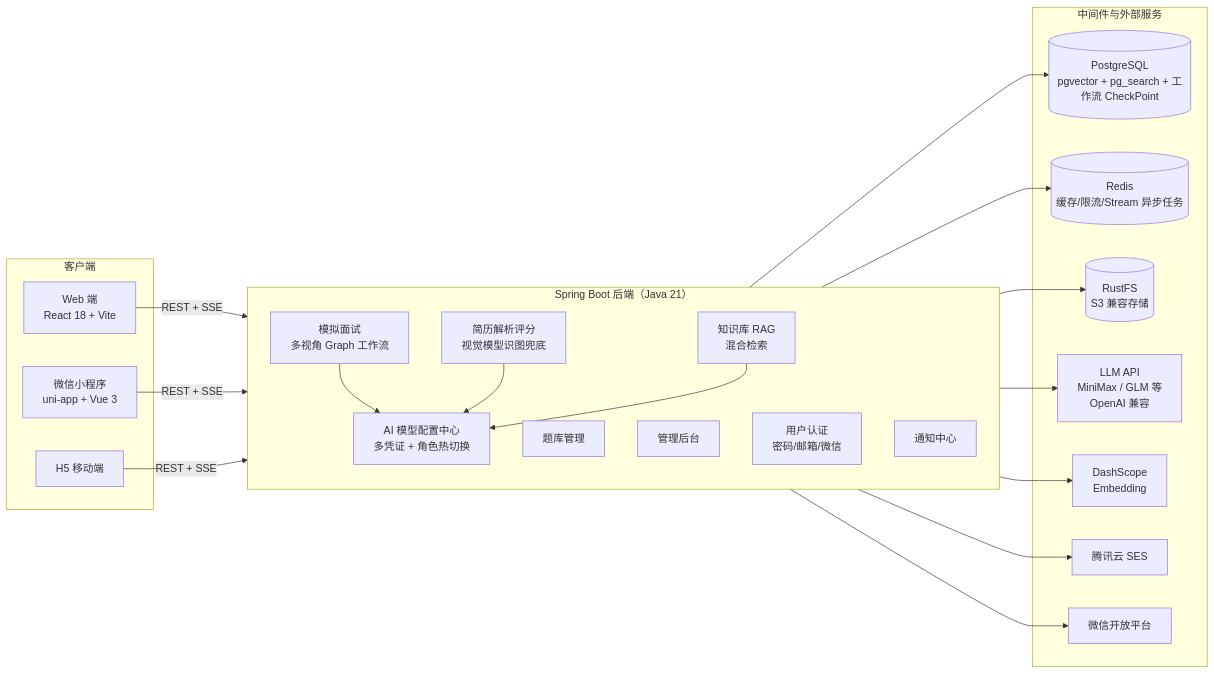
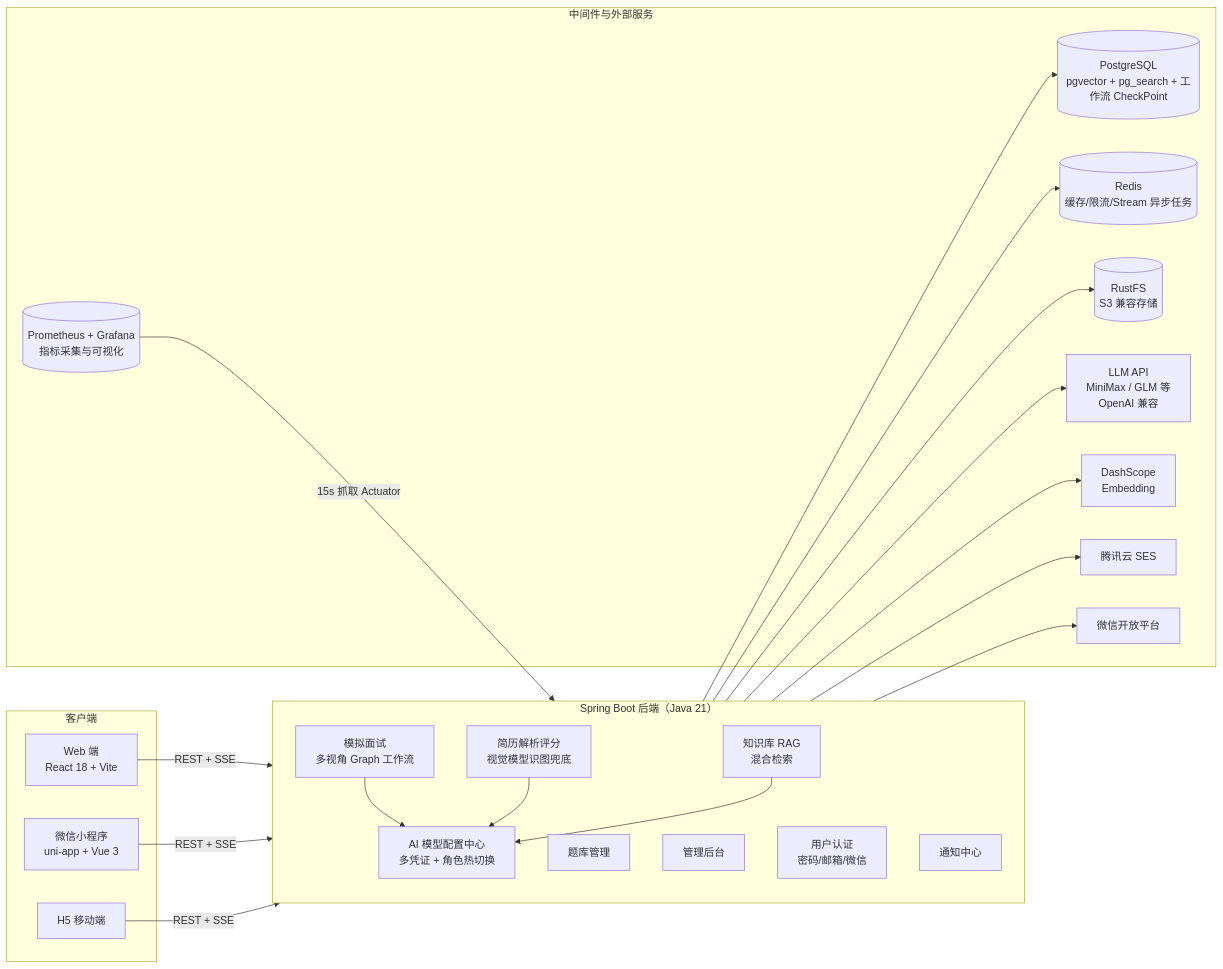
Before and after one commit to risetodance/interview-agent: the diagram in README.md, drawn with Mermaid. The commit also changed other lines of this file and 2 other files, not shown here.

````diff
--- a/README.md
+++ b/README.md
@@ -45,46 +45,48 @@
 ```mermaid
 flowchart LR
     subgraph clients["客户端"]
         WEB["Web 端<br/>React 18 + Vite"]
         MP["微信小程序<br/>uni-app + Vue 3"]
         H5["H5 移动端"]
     end
 
     subgraph backend["Spring Boot 后端（Java 21）"]
         direction TB
         INTERVIEW["模拟面试<br/>多视角 Graph 工作流"]
         RESUME["简历解析评分<br/>视觉模型识图兜底"]
         KB["知识库 RAG<br/>混合检索"]
         QUESTION["题库管理"]
         ADMIN["管理后台"]
         AUTH["用户认证<br/>密码/邮箱/微信"]
         NOTIFY["通知中心"]
         AIMODEL["AI 模型配置中心<br/>多凭证 + 角色热切换"]
     end
 
     subgraph infra["中间件与外部服务"]
         PG[("PostgreSQL<br/>pgvector + pg_search + 工作流 CheckPoint")]
         REDIS[("Redis<br/>缓存/限流/Stream 异步任务")]
         S3[("RustFS<br/>S3 兼容存储")]
+        PROM[("Prometheus + Grafana<br/>指标采集与可视化")]
         LLM["LLM API<br/>MiniMax / GLM 等<br/>OpenAI 兼容"]
         EMB["DashScope<br/>Embedding"]
         SES["腾讯云 SES"]
         WX["微信开放平台"]
     end
 
     WEB -->|"REST + SSE"| backend
     MP -->|"REST + SSE"| backend
     H5 -->|"REST + SSE"| backend
 
     INTERVIEW --> AIMODEL
     RESUME --> AIMODEL
     KB --> AIMODEL
     AIMODEL --> LLM
     KB --> EMB
     AUTH --> SES
     AUTH --> WX
 
     backend --> PG
     backend --> REDIS
     backend --> S3
+    PROM -->|"15s 抓取 Actuator"| backend
 ```
````
